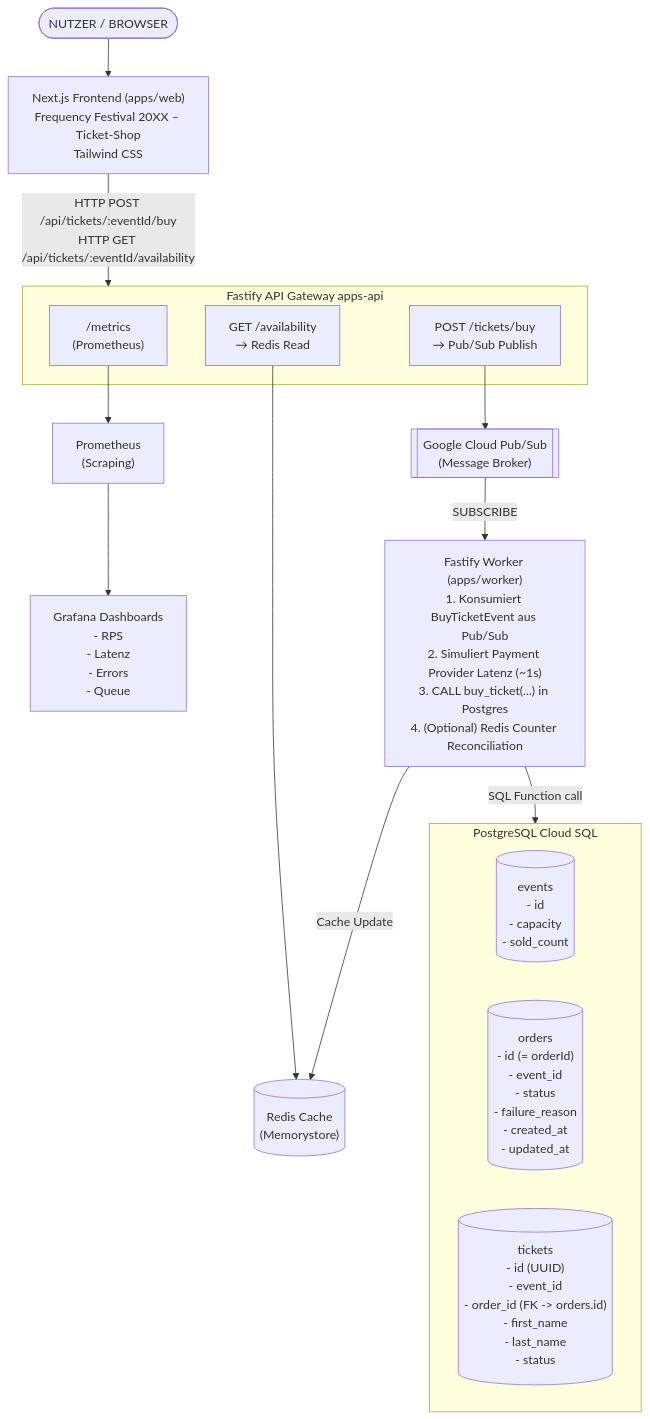
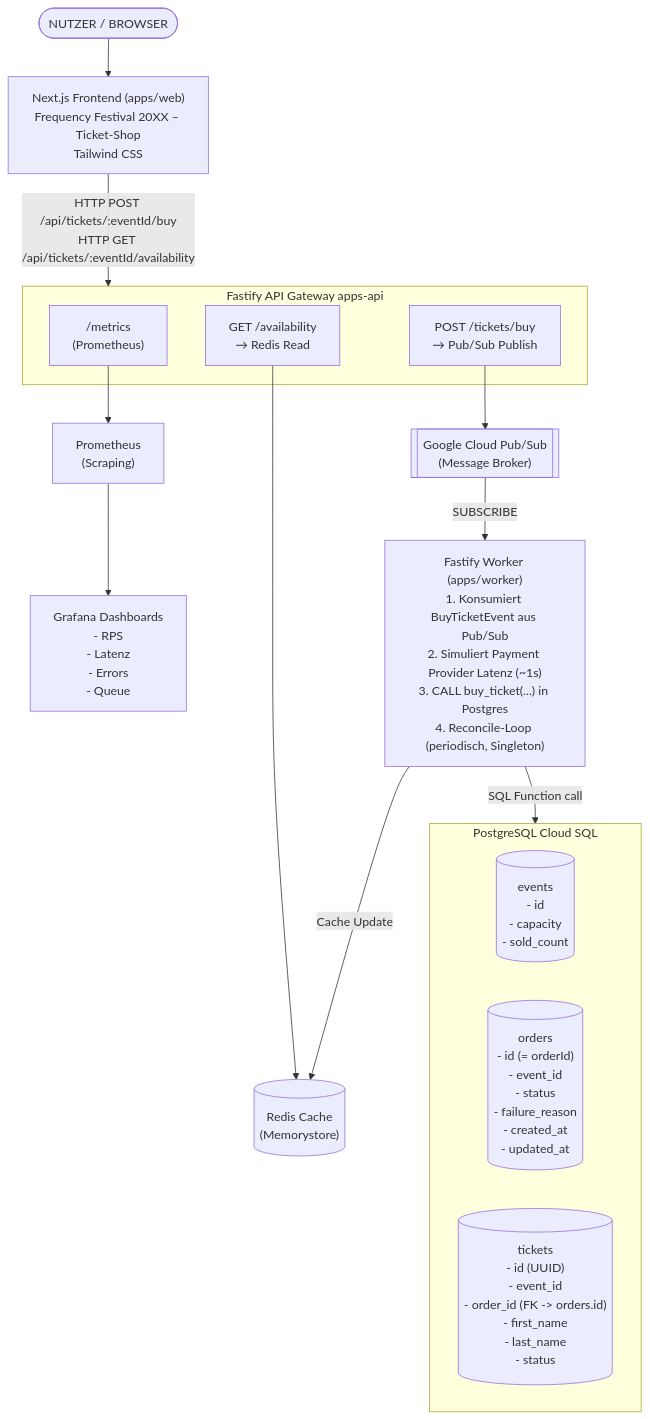
One commit to schuler-ph/high-frequency-ticket-system changed the first of 2 diagrams in docs/ARCHITECTURE.md. Above: the diagram before and after it, drawn with Mermaid. The commit also changed other lines of this file and 2 other files, not shown here.

Commit message:
architecture for reconcile service planned

````diff
--- a/docs/ARCHITECTURE.md
+++ b/docs/ARCHITECTURE.md
@@ -7,40 +7,40 @@
 ```mermaid
 flowchart TD
     User([NUTZER / BROWSER])
 
     Frontend["Next.js Frontend (apps/web)<br/>Frequency Festival 20XX – Ticket-Shop<br/>Tailwind CSS"]
 
     subgraph API [Fastify API Gateway apps-api]
         API_metrics["/metrics<br/>(Prometheus)"]
         API_avail["GET /availability<br/>→ Redis Read"]
         API_buy["POST /tickets/buy<br/>→ Pub/Sub Publish"]
     end
 
     Prometheus["Prometheus<br/>(Scraping)"]
     Redis[("Redis Cache<br/>(Memorystore)")]
     PubSub[["Google Cloud Pub/Sub<br/>(Message Broker)"]]
 
     Grafana["Grafana Dashboards<br/>- RPS<br/>- Latenz<br/>- Errors<br/>- Queue"]
 
-    Worker["Fastify Worker (apps/worker)<br/>1. Konsumiert BuyTicketEvent aus Pub/Sub<br/>2. Simuliert Payment Provider Latenz (~1s)<br/>3. CALL buy_ticket(...) in Postgres<br/>4. (Optional) Redis Counter Reconciliation"]
+    Worker["Fastify Worker (apps/worker)<br/>1. Konsumiert BuyTicketEvent aus Pub/Sub<br/>2. Simuliert Payment Provider Latenz (~1s)<br/>3. CALL buy_ticket(...) in Postgres<br/>4. Reconcile-Loop (periodisch, Singleton)"]
 
     subgraph DB [PostgreSQL Cloud SQL]
         events[("events<br/>- id<br/>- capacity<br/>- sold_count")]
         orders[("orders<br/>- id (= orderId)<br/>- event_id<br/>- status<br/>- failure_reason<br/>- created_at<br/>- updated_at")]
         tickets[("tickets<br/>- id (UUID)<br/>- event_id<br/>- order_id (FK -> orders.id)<br/>- first_name<br/>- last_name<br/>- status")]
     end
 
     User --> Frontend
     Frontend -->|"HTTP POST /api/tickets/:eventId/buy<br/>HTTP GET /api/tickets/:eventId/availability"| API
 
     API_metrics --> Prometheus
     API_avail --> Redis
     API_buy --> PubSub
 
     Prometheus --> Grafana
 
     Worker -->|Cache Update| Redis
     PubSub -->|SUBSCRIBE| Worker
 
     Worker -->|SQL Function call| DB
 ```
````
